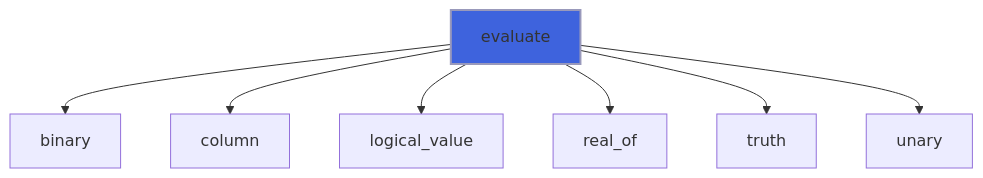
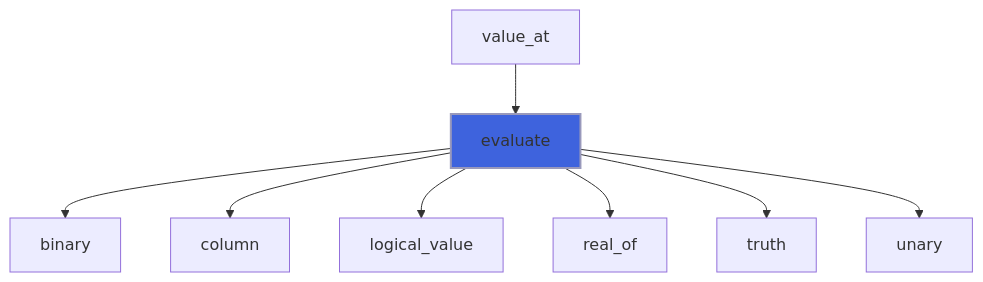
The tenth of 19 diagrams in docs/api/src/lib/foresight_expression.md (szaghi/foresight), drawn with Mermaid before and after one commit. The commit also changed other lines of this file and 97 other files, not shown here.

````diff
--- a/docs/api/src/lib/foresight_expression.md
+++ b/docs/api/src/lib/foresight_expression.md
@@ -374,10 +432,11 @@
 ```mermaid
 flowchart TD
+  value_at["value_at"] --> evaluate["evaluate"]
   evaluate["evaluate"] --> binary["binary"]
   evaluate["evaluate"] --> column["column"]
   evaluate["evaluate"] --> logical_value["logical_value"]
   evaluate["evaluate"] --> real_of["real_of"]
   evaluate["evaluate"] --> truth["truth"]
   evaluate["evaluate"] --> unary["unary"]
   style evaluate fill:#3e63dd,stroke:#99b,stroke-width:2px
 ```
````
